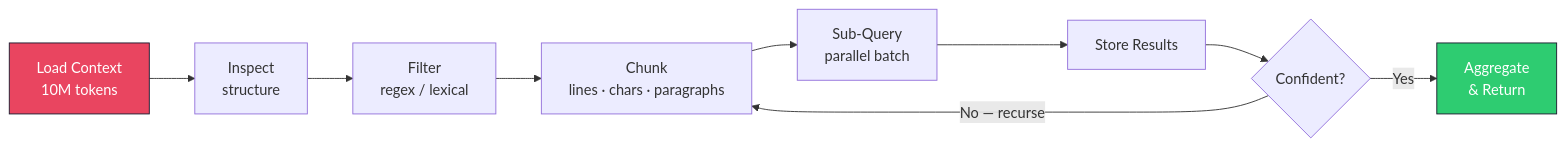
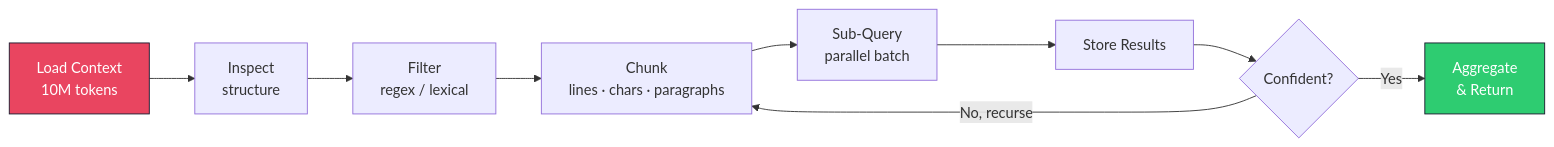
One commit to arkaigrowth/rlm changed the second of 2 diagrams in README.md. Above: the diagram before and after it, drawn with Mermaid. The commit also changed other lines of this file and 2 other files, not shown here.

````diff
--- a/README.md
+++ b/README.md
@@ -154,14 +168,14 @@
 ```mermaid
 flowchart LR
     A["Load Context<br/>10M tokens"] --> B["Inspect<br/>structure"]
     B --> C["Filter<br/>regex / lexical"]
     C --> D["Chunk<br/>lines · chars · paragraphs"]
     D --> E["Sub-Query<br/>parallel batch"]
     E --> F["Store Results"]
     F --> G{"Confident?"}
     G -->|Yes| H["Aggregate<br/>& Return"]
-    G -->|"No — recurse"| D
+    G -->|"No, recurse"| D
 
     style A fill:#e94560,stroke:#1a1a2e,color:#fff
     style H fill:#2ecc71,stroke:#1a1a2e,color:#fff
 ```
````
